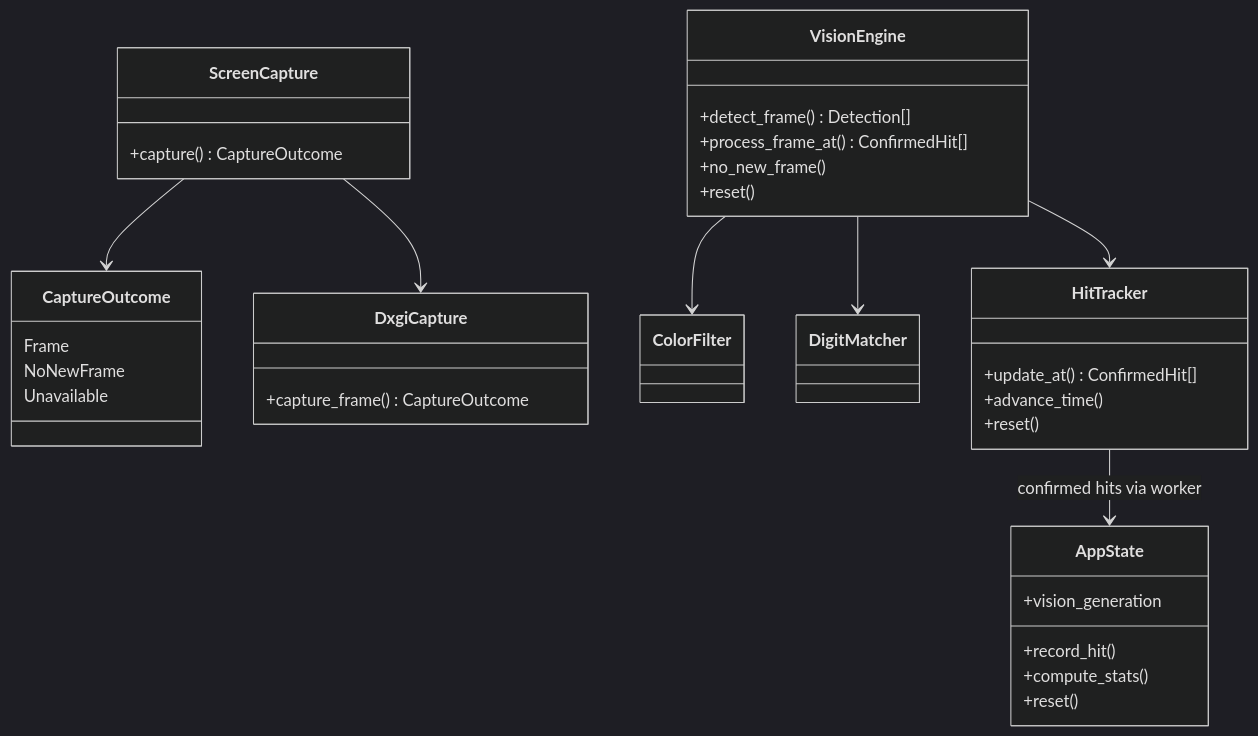
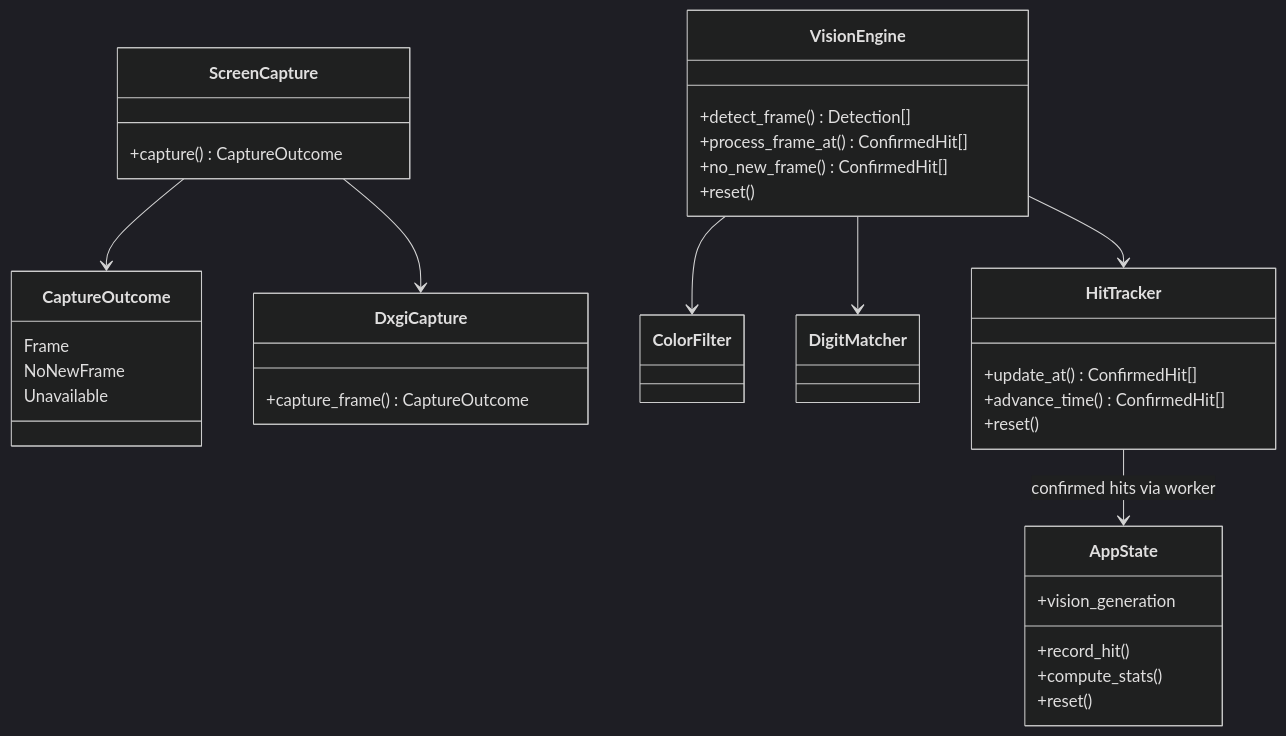
Before and after one commit to ThiDaZ/genshin-damage-lens: the diagram in README.md, drawn with Mermaid (dark theme). The commit also changed other lines of this file and 15 other files, not shown here.

````diff
--- a/README.md
+++ b/README.md
@@ -47,39 +45,39 @@
 ```mermaid
 classDiagram
     class ScreenCapture {
         +capture() CaptureOutcome
     }
     class CaptureOutcome {
         Frame
         NoNewFrame
         Unavailable
     }
     class DxgiCapture {
         +capture_frame() CaptureOutcome
     }
     class VisionEngine {
         +detect_frame() Detection[]
         +process_frame_at() ConfirmedHit[]
-        +no_new_frame()
+        +no_new_frame() ConfirmedHit[]
         +reset()
     }
     class ColorFilter
     class DigitMatcher
     class HitTracker {
         +update_at() ConfirmedHit[]
-        +advance_time()
+        +advance_time() ConfirmedHit[]
         +reset()
     }
     class AppState {
         +vision_generation
         +record_hit()
         +compute_stats()
         +reset()
     }
     ScreenCapture --> DxgiCapture
     ScreenCapture --> CaptureOutcome
     VisionEngine --> ColorFilter
     VisionEngine --> DigitMatcher
     VisionEngine --> HitTracker
     HitTracker --> AppState : confirmed hits via worker
 ```
````
